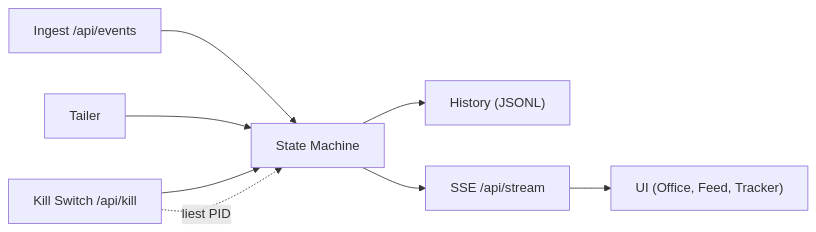
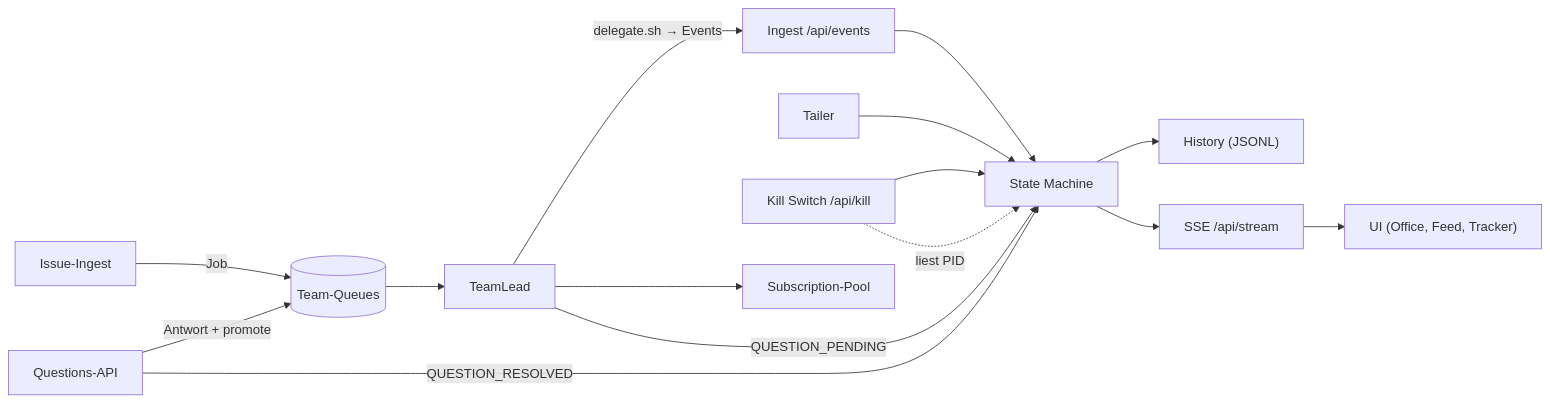
One commit to tihofman/agent-hq changed the second of 3 diagrams in docs/arc42/architecture.md. Above: the diagram before and after it, drawn with Mermaid. The commit also changed other lines of this file and 3 other files, not shown here.

First line of the commit message:
docs(#93): add ADR 0006 and update arc42 for V2 queue architecture

````diff
--- a/docs/arc42/architecture.md
+++ b/docs/arc42/architecture.md
@@ -107,10 +130,17 @@
 ```mermaid
 flowchart LR
     ING["Ingest /api/events"] --> SM["State Machine"]
     TAIL["Tailer"] --> SM
     KILL["Kill Switch /api/kill"] --> SM
     KILL -.->|liest PID| SM
     SM --> HIST["History (JSONL)"]
     SM --> SSE["SSE /api/stream"]
     SSE --> UI["UI (Office, Feed, Tracker)"]
+    GHI["Issue-Ingest"] -->|Job| Q[("Team-Queues")]
+    Q --> TL["TeamLead"]
+    TL --> POOL["Subscription-Pool"]
+    TL -->|"delegate.sh → Events"| ING
+    TL -->|"QUESTION_PENDING"| SM
+    QA["Questions-API"] -->|"Antwort + promote"| Q
+    QA -->|"QUESTION_RESOLVED"| SM
 ```
````
